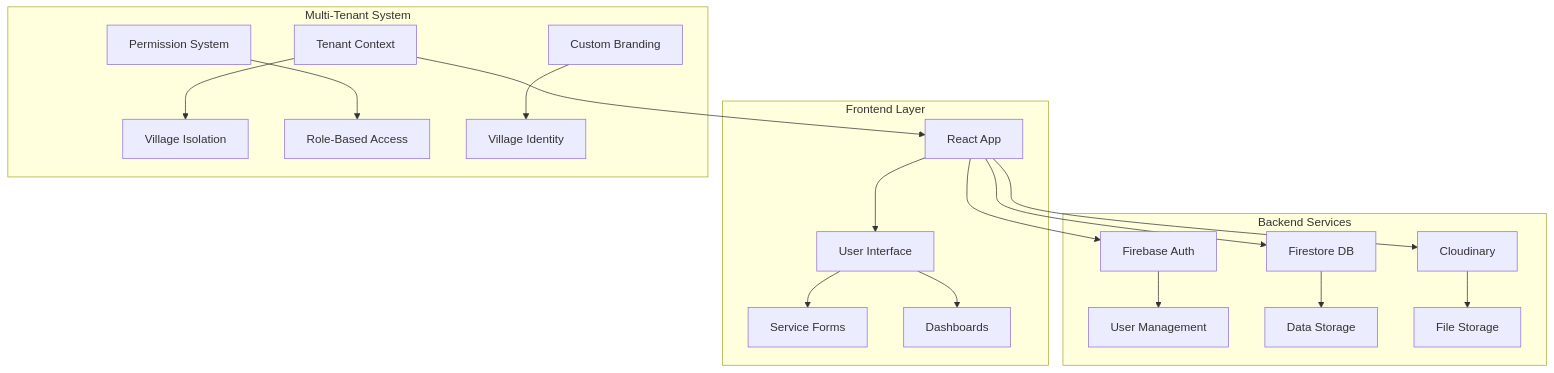
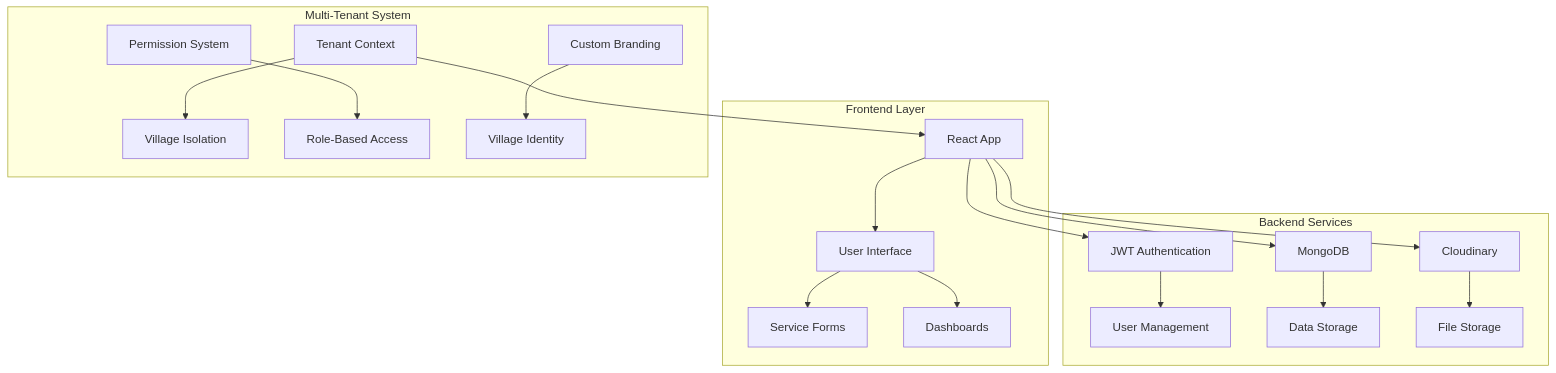
One commit to AsjadJDawre/E_GramPanchayat changed the second of 2 diagrams in README.md. Above: the diagram before and after it, drawn with Mermaid.

````diff
--- a/README.md
+++ b/README.md
@@ -152,25 +152,26 @@
 ```mermaid
 graph TB
     subgraph "Frontend Layer"
         A[React App] --> B[User Interface]
         B --> C[Service Forms]
         B --> D[Dashboards]
     end
     
     subgraph "Backend Services"
-        E[Firebase Auth] --> F[User Management]
-        G[Firestore DB] --> H[Data Storage]
+        E[JWT Authentication] --> F[User Management]
+        G[MongoDB] --> H[Data Storage]
         I[Cloudinary] --> J[File Storage]
     end
     
     subgraph "Multi-Tenant System"
         K[Tenant Context] --> L[Village Isolation]
         M[Permission System] --> N[Role-Based Access]
         O[Custom Branding] --> P[Village Identity]
     end
     
     A --> E
     A --> G
     A --> I
     K --> A
+
 ```
````
